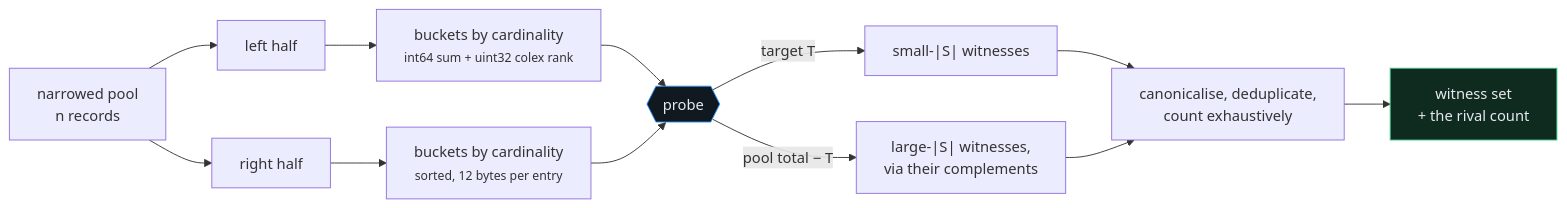
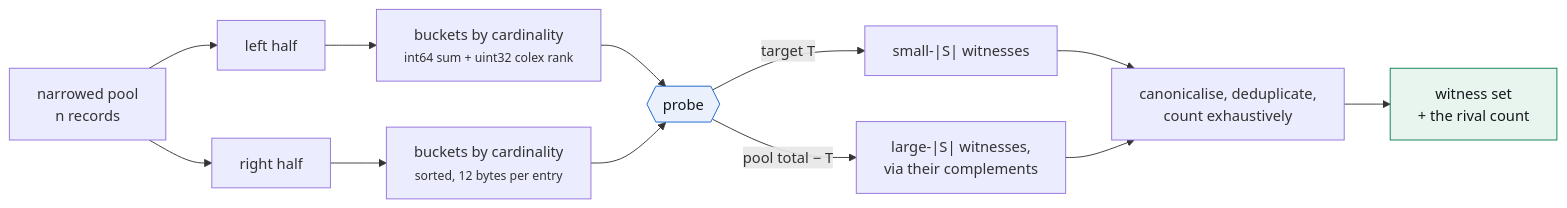
Before and after one commit to Rishi0507/Manhattan: the fourth of 6 diagrams in README.md, drawn with Mermaid. The commit also changed other lines of this file and 13 other files, not shown here.

````diff
--- a/README.md
+++ b/README.md
@@ -218,16 +283,16 @@
 ```mermaid
 flowchart LR
     P["narrowed pool<br/>n records"] --> L["left half"]
     P --> R["right half"]
     L --> LB["buckets by cardinality<br/><small>int64 sum + uint32 colex rank</small>"]
     R --> RB["buckets by cardinality<br/><small>sorted, 12 bytes per entry</small>"]
     LB --> PR{{"probe"}}
     RB --> PR
     PR -->|"target T"| W["small-|S| witnesses"]
     PR -->|"pool total − T"| C["large-|S| witnesses,<br/>via their complements"]
     W --> DD["canonicalise, deduplicate,<br/>count exhaustively"]
     C --> DD
     DD --> OUT["witness set<br/>+ the rival count"]
-    style PR fill:#101820,stroke:#3395ff,color:#e6eaf0
-    style OUT fill:#0f2a1e,stroke:#35c88a,color:#e6eaf0
+    style PR fill:#eaf1fd,stroke:#1461cc,color:#16181d
+    style OUT fill:#e7f5ee,stroke:#0a7d4e,color:#16181d
 ```
````
